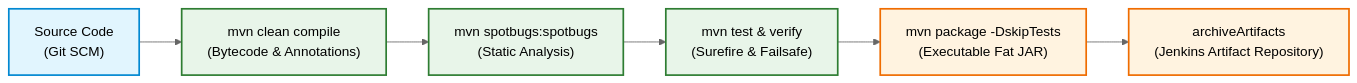
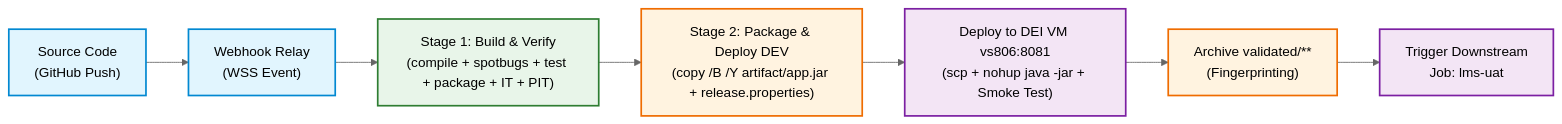
One commit to RafaelBrandao04/psoft-project-2026-1 changed the diagram in Docs/ODSOFT/pipeline/ci-build-and-code-analysis.md. Above: the diagram before and after it, drawn with Mermaid (neutral theme). The commit also changed other lines of this file and 1 other file, not shown here.

````diff
--- a/Docs/ODSOFT/pipeline/ci-build-and-code-analysis.md
+++ b/Docs/ODSOFT/pipeline/ci-build-and-code-analysis.md
@@ -24,16 +24,19 @@
 ```mermaid
 flowchart LR
-    SRC["Source Code<br/>(Git SCM)"] --> COMPILE["mvn clean compile<br/>(Bytecode & Annotations)"]
-    COMPILE --> SAST["mvn spotbugs:spotbugs<br/>(Static Analysis)"]
-    SAST --> TEST["mvn test & verify<br/>(Surefire & Failsafe)"]
-    TEST --> PACKAGE["mvn package -DskipTests<br/>(Executable Fat JAR)"]
-    PACKAGE --> ARCHIVE["archiveArtifacts<br/>(Jenkins Artifact Repository)"]
-    
+    SRC["Source Code<br/>(GitHub Push)"] --> WR["Webhook Relay<br/>(WSS Event)"]
+    WR --> STAGE1["Stage 1: Build & Verify<br/>(compile + spotbugs + test + package + IT + PIT)"]
+    STAGE1 --> STAGE2["Stage 2: Package & Deploy DEV<br/>(copy /B /Y artifact/app.jar + release.properties)"]
+    STAGE2 --> SSH["Deploy to DEI VM vs806:8081<br/>(scp + nohup java -jar + Smoke Test)"]
+    SSH --> ARCHIVE["Archive validated/**<br/>(Fingerprinting)"]
+    ARCHIVE --> UAT["Trigger Downstream<br/>Job: lms-uat"]
+
     classDef srcStyle fill:#e1f5fe,stroke:#0288d1,stroke-width:2px;
     classDef buildStyle fill:#e8f5e9,stroke:#2e7d32,stroke-width:2px;
     classDef pkgStyle fill:#fff3e0,stroke:#ef6c00,stroke-width:2px;
-    
-    class SRC srcStyle;
-    class COMPILE,SAST,TEST buildStyle;
-    class PACKAGE,ARCHIVE pkgStyle;
+    classDef cdStyle fill:#f3e5f5,stroke:#7b1fa2,stroke-width:2px;
+
+    class SRC,WR srcStyle;
+    class STAGE1 buildStyle;
+    class STAGE2,ARCHIVE pkgStyle;
+    class SSH,UAT cdStyle;
 ```
````
